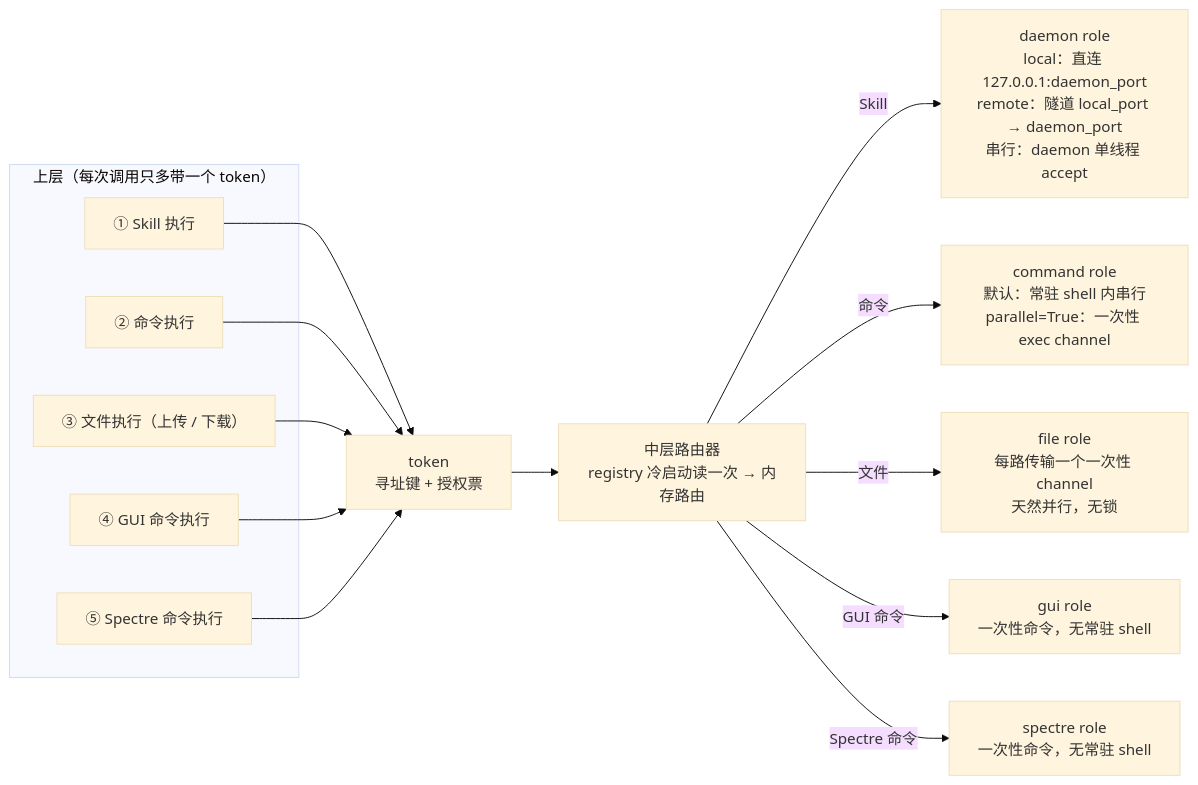
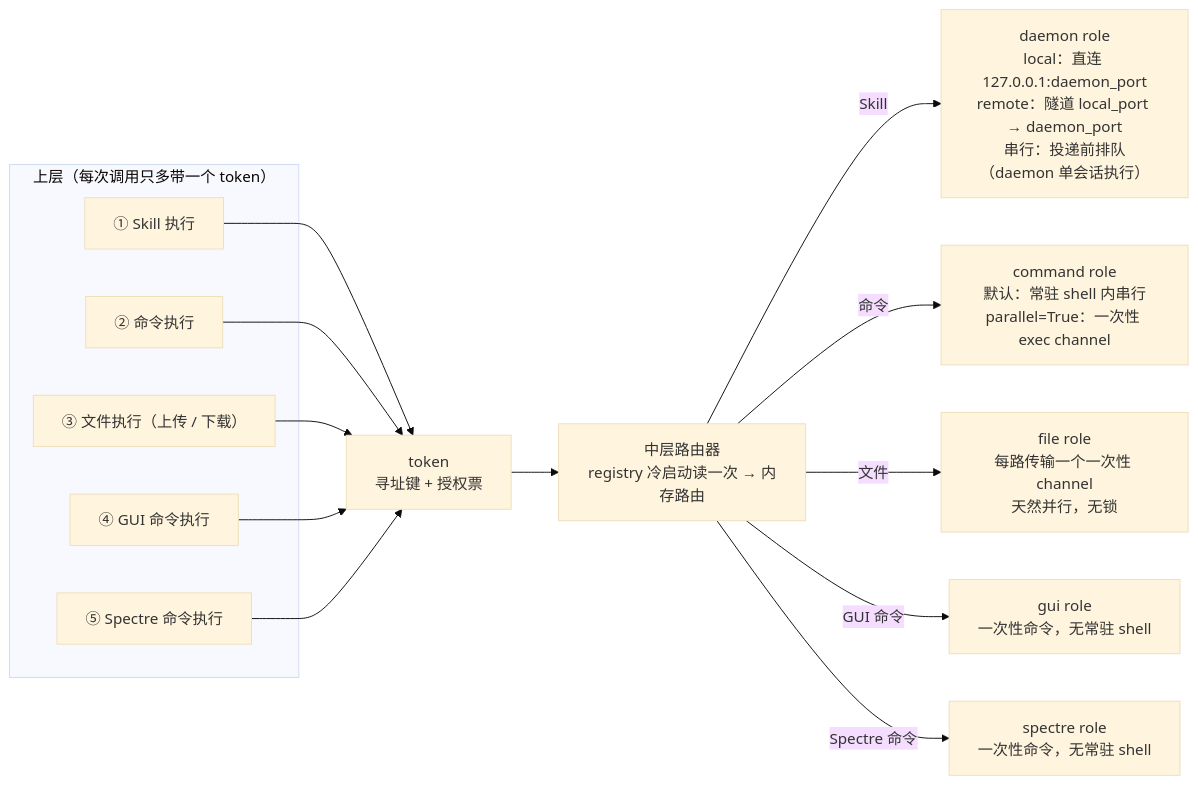
The second of 11 diagrams in doc/report/架构总览图.md (GentLau/virtuoso-bridge-NCS), drawn with Mermaid (base theme) before and after one commit. The commit also changed other lines of this file and 30 other files, not shown here.

````diff
--- a/doc/report/架构总览图.md
+++ b/doc/report/架构总览图.md
@@ -66,26 +80,26 @@
 ```mermaid
 flowchart LR
     subgraph UP["上层（每次调用只多带一个 token）"]
         I1["① Skill 执行"]
         I2["② 命令执行"]
         I3["③ 文件执行（上传 / 下载）"]
         I4["④ GUI 命令执行"]
         I5["⑤ Spectre 命令执行"]
     end
 
     T["token<br/>寻址键 + 授权票"]
     RT["中层路由器<br/>registry 冷启动读一次 → 内存路由"]
 
     I1 --> T
     I2 --> T
     I3 --> T
     I4 --> T
     I5 --> T
     T --> RT
 
-    RT -->|"Skill"| R1["daemon role<br/>local：直连 127.0.0.1:daemon_port<br/>remote：隧道 local_port → daemon_port<br/>串行：daemon 单线程 accept"]
+    RT -->|"Skill"| R1["daemon role<br/>local：直连 127.0.0.1:daemon_port<br/>remote：隧道 local_port → daemon_port<br/>串行：投递前排队（daemon 单会话执行）"]
     RT -->|"命令"| R2["command role<br/>默认：常驻 shell 内串行<br/>parallel=True：一次性 exec channel"]
     RT -->|"文件"| R3["file role<br/>每路传输一个一次性 channel<br/>天然并行，无锁"]
     RT -->|"GUI 命令"| R4["gui role<br/>一次性命令，无常驻 shell"]
     RT -->|"Spectre 命令"| R5["spectre role<br/>一次性命令，无常驻 shell"]
 ```
````
